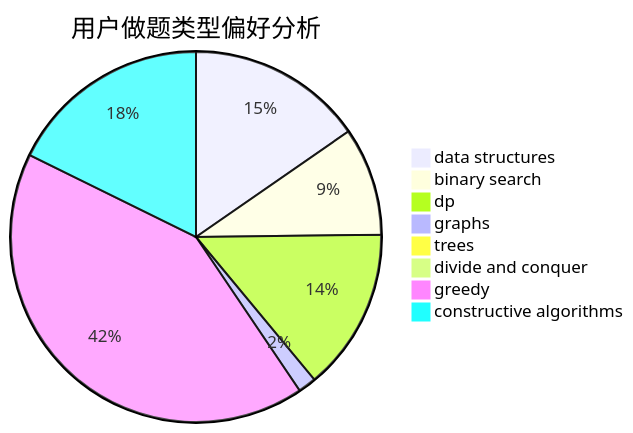
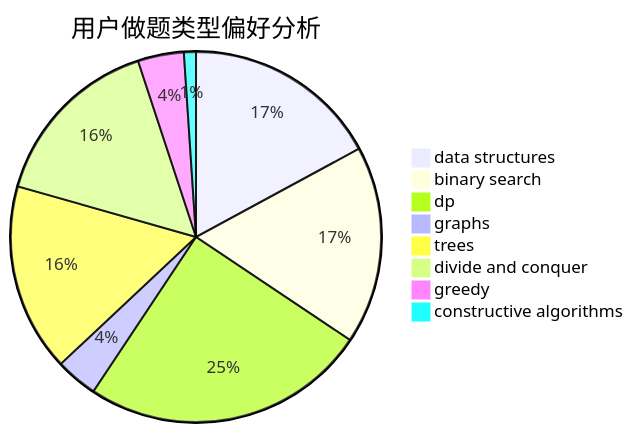
Before and after one commit to sherpahu/cfrs.github.io: the second of 3 diagrams in docs/user/u853.md, drawn with Mermaid. The commit also changed other lines of this file and 2770 other files, not shown here.

````diff
--- a/docs/user/u853.md
+++ b/docs/user/u853.md
@@ -23,11 +23,11 @@
 ```mermaid
 pie title 用户做题类型偏好分析
-    "data structures" :  39
-    "binary search" :  24
-    "dp" :  36
-    "graphs" :  4
-    "trees" :  0
-    "divide and conquer" :  0
-    "greedy" :  106
-    "constructive algorithms" :  45
+    "data structures" :  98
+    "binary search" :  99
+    "dp" :  143
+    "graphs" :  21
+    "trees" :  94
+    "divide and conquer" :  89
+    "greedy" :  23
+    "constructive algorithms" :  6
 ```
````
